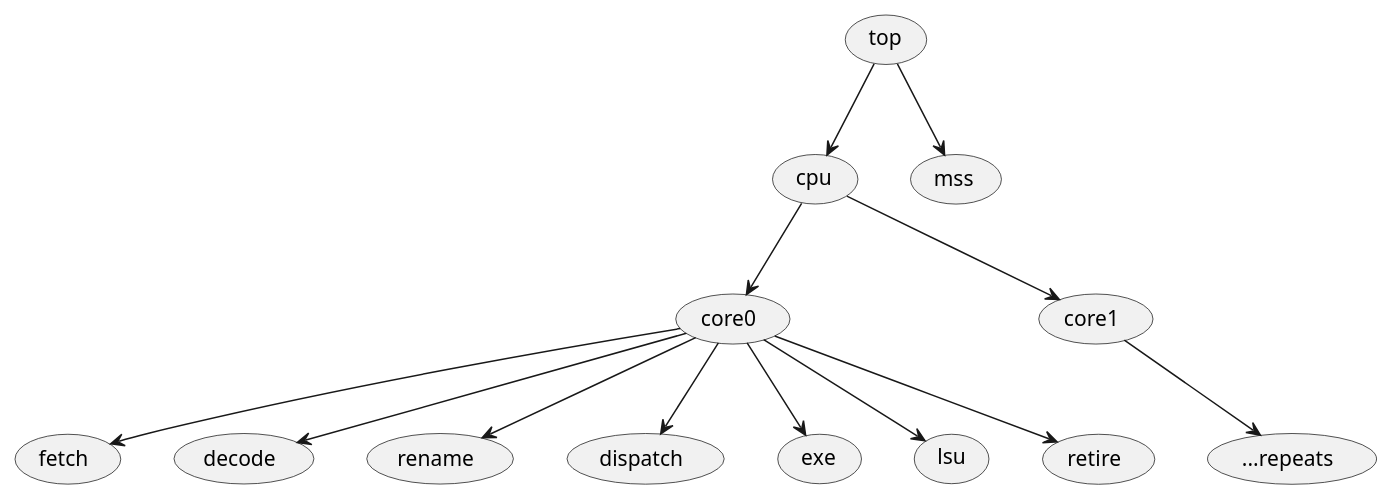
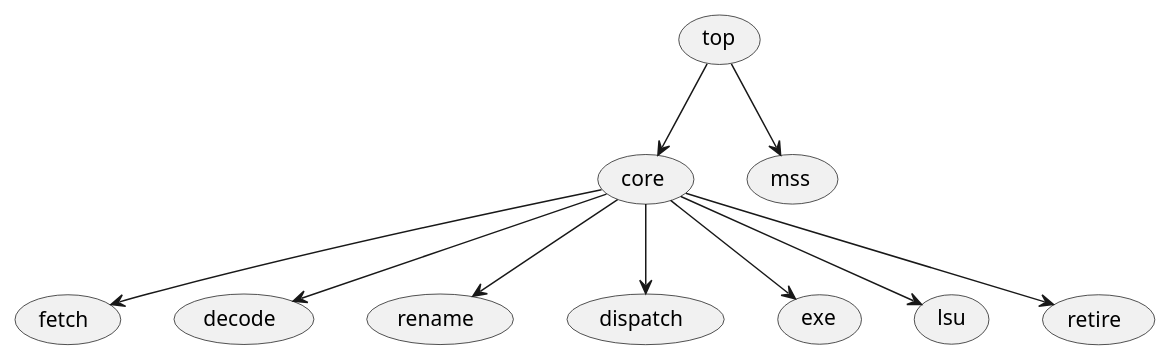
Before and after one commit to sparcians/map: the first of 3 diagrams in sparta/doc/sparta_book/chapters/construction.adoc, drawn with PlantUML. The commit also changed other lines of this file and 11 other files, not shown here.

```diff
--- a/sparta/doc/sparta_book/chapters/construction.adoc
+++ b/sparta/doc/sparta_book/chapters/construction.adoc
@@ -40,17 +44,14 @@
 [plantuml,format="png",align="center"]
 ....
 @startuml
-(top) --> (cpu)
+(top) --> (core)
 (top) --> (mss)
-(cpu) --> (core0)
-(cpu) --> (core1)
-(core0) --> (fetch)
-(core0) --> (decode)
-(core0) --> (rename)
-(core0) --> (dispatch)
-(core0) --> (exe)
-(core0) --> (lsu)
-(core0) --> (retire)
-(core1) --> (...repeats)
+(core) --> (fetch)
+(core) --> (decode)
+(core) --> (rename)
+(core) --> (dispatch)
+(core) --> (exe)
+(core) --> (lsu)
+(core) --> (retire)
 @enduml
 ....
```
